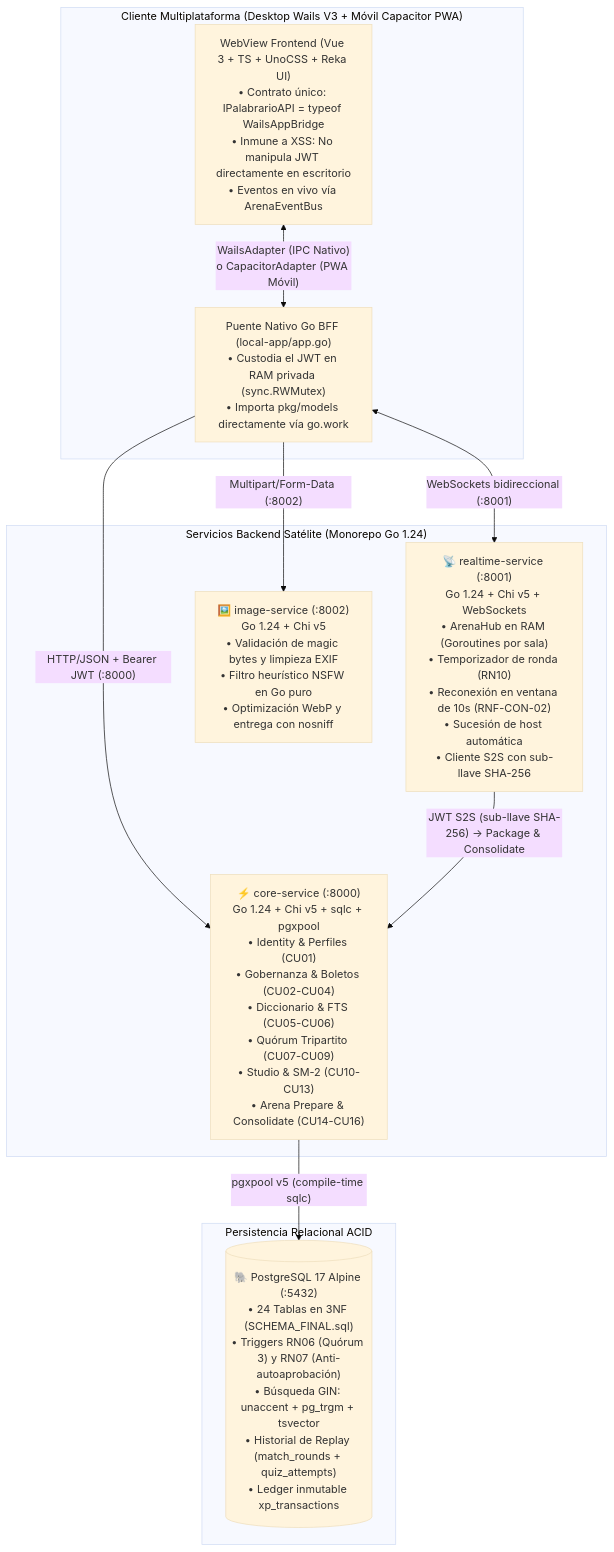
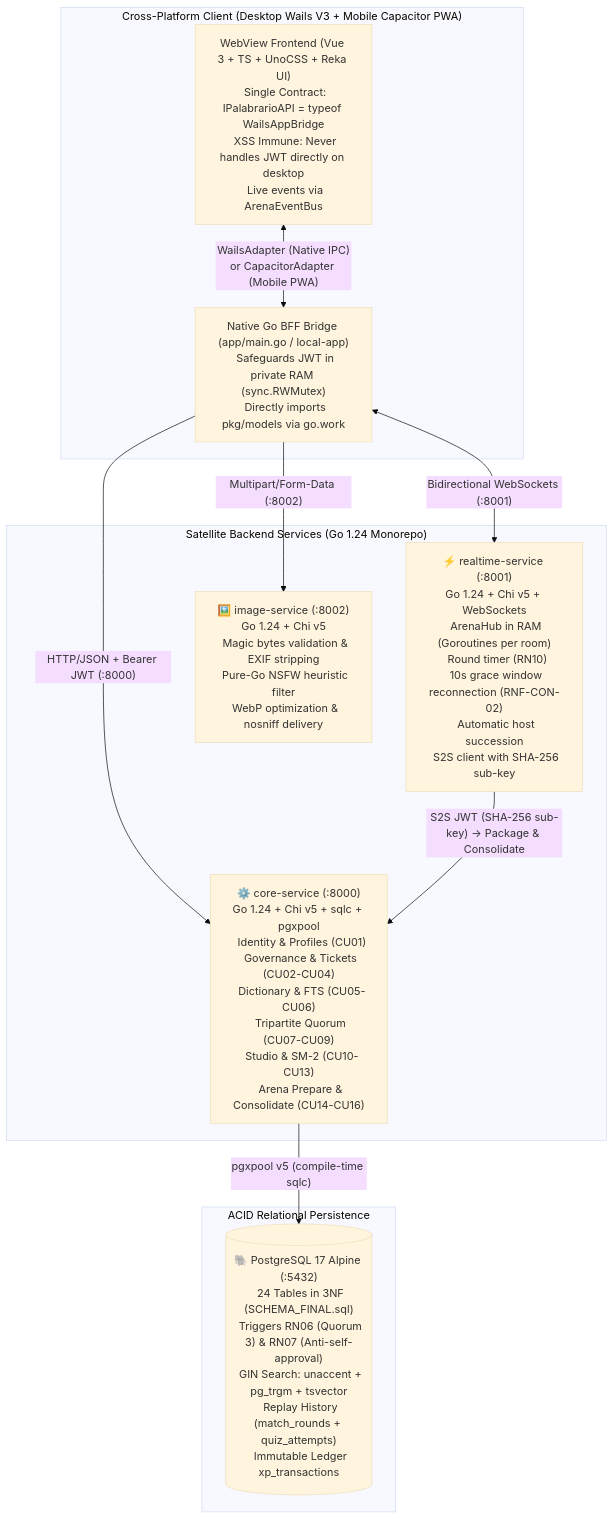
Before and after one commit to OGShawnLee/palabrario: the diagram in README.md, drawn with Mermaid (base theme). The commit also changed other lines of this file and 4 other files, not shown here.

First line of the commit message:
docs(readme): translate README.md to English and simplify architecture references

````diff
--- a/README.md
+++ b/README.md
@@ -64,25 +62,25 @@
 ```mermaid
 flowchart TD
-    subgraph Client["Cliente Multiplataforma (Desktop Wails V3 + Móvil Capacitor PWA)"]
-        UI["WebView Frontend (Vue 3 + TS + UnoCSS + Reka UI)\n• Contrato único: IPalabrarioAPI = typeof WailsAppBridge\n• Inmune a XSS: No manipula JWT directamente en escritorio\n• Eventos en vivo vía ArenaEventBus"]
-        BFF["Puente Nativo Go BFF (local-app/app.go)\n• Custodia el JWT en RAM privada (sync.RWMutex)\n• Importa pkg/models directamente vía go.work"]
-        UI <-->|"WailsAdapter (IPC Nativo)\no CapacitorAdapter (PWA Móvil)"| BFF
+    subgraph Client["Cross-Platform Client (Desktop Wails V3 + Mobile Capacitor PWA)"]
+        UI["WebView Frontend (Vue 3 + TS + UnoCSS + Reka UI)\n  Single Contract: IPalabrarioAPI = typeof WailsAppBridge\n  XSS Immune: Never handles JWT directly on desktop\n  Live events via ArenaEventBus"]
+        BFF["Native Go BFF Bridge (app/main.go / local-app)\n  Safeguards JWT in private RAM (sync.RWMutex)\n  Directly imports pkg/models via go.work"]
+        UI <-->|"WailsAdapter (Native IPC)\nor CapacitorAdapter (Mobile PWA)"| BFF
     end
 
-    subgraph Backend["Servicios Backend Satélite (Monorepo Go 1.24)"]
-        Core["⚡ core-service (:8000)\nGo 1.24 + Chi v5 + sqlc + pgxpool\n• Identity & Perfiles (CU01)\n• Gobernanza & Boletos (CU02-CU04)\n• Diccionario & FTS (CU05-CU06)\n• Quórum Tripartito (CU07-CU09)\n• Studio & SM-2 (CU10-CU13)\n• Arena Prepare & Consolidate (CU14-CU16)"]
-        Realtime["📡 realtime-service (:8001)\nGo 1.24 + Chi v5 + WebSockets\n• ArenaHub en RAM (Goroutines por sala)\n• Temporizador de ronda (RN10)\n• Reconexión en ventana de 10s (RNF-CON-02)\n• Sucesión de host automática\n• Cliente S2S con sub-llave SHA-256"]
-        ImageSvc["🖼️ image-service (:8002)\nGo 1.24 + Chi v5\n• Validación de magic bytes y limpieza EXIF\n• Filtro heurístico NSFW en Go puro\n• Optimización WebP y entrega con nosniff"]
+    subgraph Backend["Satellite Backend Services (Go 1.24 Monorepo)"]
+        Core["⚙️ core-service (:8000)\nGo 1.24 + Chi v5 + sqlc + pgxpool\n  Identity & Profiles (CU01)\n  Governance & Tickets (CU02-CU04)\n  Dictionary & FTS (CU05-CU06)\n  Tripartite Quorum (CU07-CU09)\n  Studio & SM-2 (CU10-CU13)\n  Arena Prepare & Consolidate (CU14-CU16)"]
+        Realtime["⚡ realtime-service (:8001)\nGo 1.24 + Chi v5 + WebSockets\n  ArenaHub in RAM (Goroutines per room)\n  Round timer (RN10)\n  10s grace window reconnection (RNF-CON-02)\n  Automatic host succession\n  S2S client with SHA-256 sub-key"]
+        ImageSvc["🖼️ image-service (:8002)\nGo 1.24 + Chi v5\n  Magic bytes validation & EXIF stripping\n  Pure-Go NSFW heuristic filter\n  WebP optimization & nosniff delivery"]
     end
 
-    subgraph Persistence["Persistencia Relacional ACID"]
-        PG[("🐘 PostgreSQL 17 Alpine (:5432)\n• 24 Tablas en 3NF (SCHEMA_FINAL.sql)\n• Triggers RN06 (Quórum 3) y RN07 (Anti-autoaprobación)\n• Búsqueda GIN: unaccent + pg_trgm + tsvector\n• Historial de Replay (match_rounds + quiz_attempts)\n• Ledger inmutable xp_transactions")]
+    subgraph Persistence["ACID Relational Persistence"]
+        PG[("🐘 PostgreSQL 17 Alpine (:5432)\n  24 Tables in 3NF (SCHEMA_FINAL.sql)\n  Triggers RN06 (Quorum 3) & RN07 (Anti-self-approval)\n  GIN Search: unaccent + pg_trgm + tsvector\n  Replay History (match_rounds + quiz_attempts)\n  Immutable Ledger xp_transactions")]
     end
 
     BFF -->|"HTTP/JSON + Bearer JWT (:8000)"| Core
-    BFF <-->|"WebSockets bidireccional (:8001)"| Realtime
+    BFF <-->|"Bidirectional WebSockets (:8001)"| Realtime
     BFF -->|"Multipart/Form-Data (:8002)"| ImageSvc
 
     Core -->|"pgxpool v5 (compile-time sqlc)"| PG
-    Realtime -->|"JWT S2S (sub-llave SHA-256) -> Package & Consolidate"| Core
+    Realtime -->|"S2S JWT (SHA-256 sub-key) -> Package & Consolidate"| Core
 ```
````
